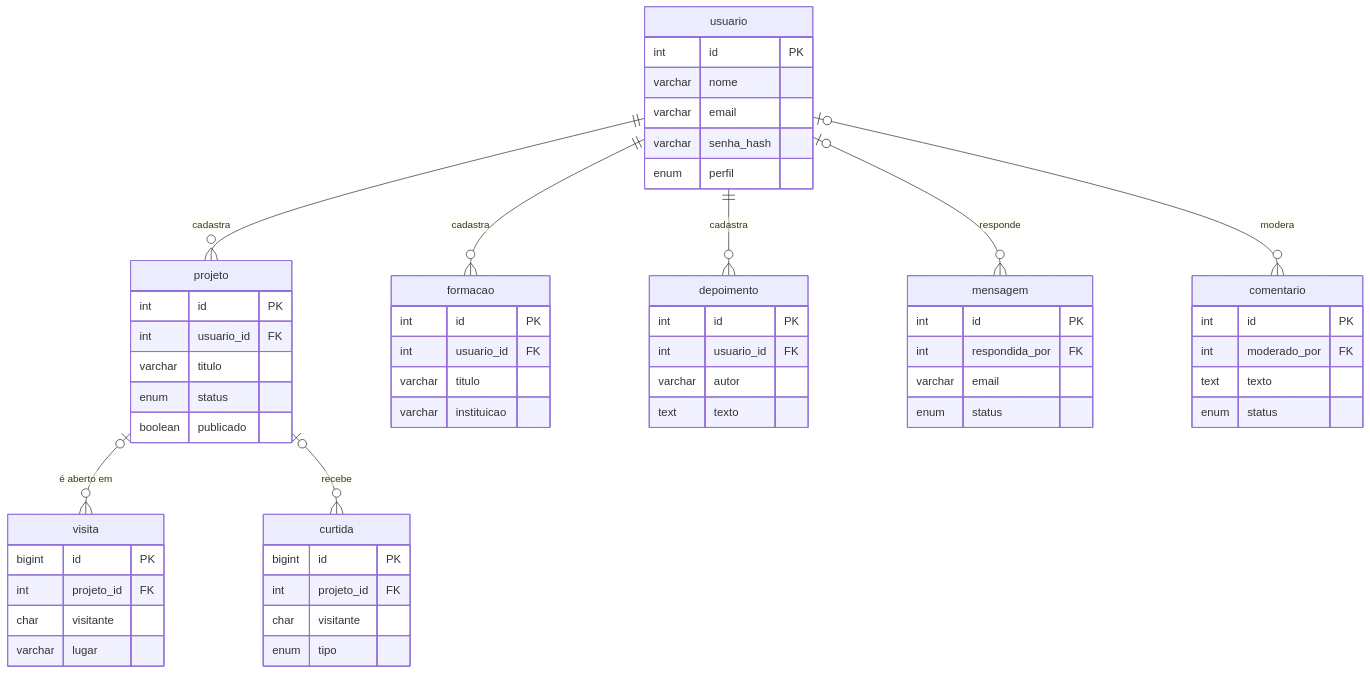
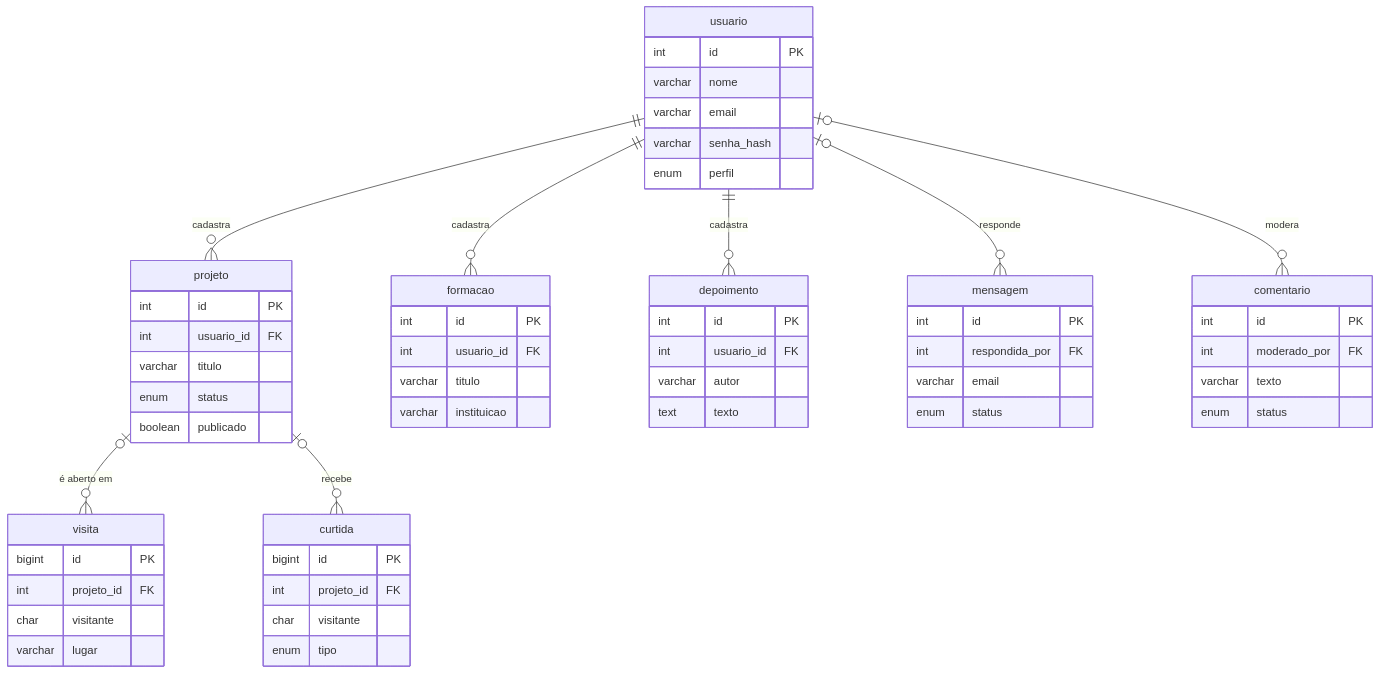
Before and after one commit to GabriellaCMaciel/mundo-swarttz: the diagram in docs/BANCO-DE-DADOS.md, drawn with Mermaid.

Commit message:
docs: match comment text type in the diagram

````diff
--- a/docs/BANCO-DE-DADOS.md
+++ b/docs/BANCO-DE-DADOS.md
@@ -84,61 +84,61 @@
 ```mermaid
 erDiagram
     usuario ||--o{ projeto : "cadastra"
     usuario ||--o{ formacao : "cadastra"
     usuario ||--o{ depoimento : "cadastra"
     usuario |o--o{ mensagem : "responde"
     projeto |o--o{ visita : "é aberto em"
     projeto |o--o{ curtida : "recebe"
     usuario |o--o{ comentario : "modera"
 
     usuario {
         int id PK
         varchar nome
         varchar email
         varchar senha_hash
         enum perfil
     }
     projeto {
         int id PK
         int usuario_id FK
         varchar titulo
         enum status
         boolean publicado
     }
     formacao {
         int id PK
         int usuario_id FK
         varchar titulo
         varchar instituicao
     }
     depoimento {
         int id PK
         int usuario_id FK
         varchar autor
         text texto
     }
     mensagem {
         int id PK
         int respondida_por FK
         varchar email
         enum status
     }
     visita {
         bigint id PK
         int projeto_id FK
         char visitante
         varchar lugar
     }
     curtida {
         bigint id PK
         int projeto_id FK
         char visitante
         enum tipo
     }
     comentario {
         int id PK
         int moderado_por FK
-        text texto
+        varchar texto
         enum status
     }
 ```
````
